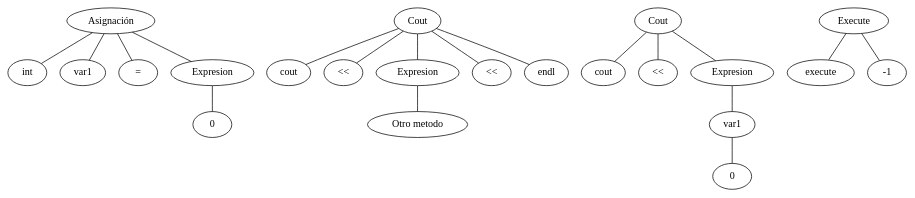
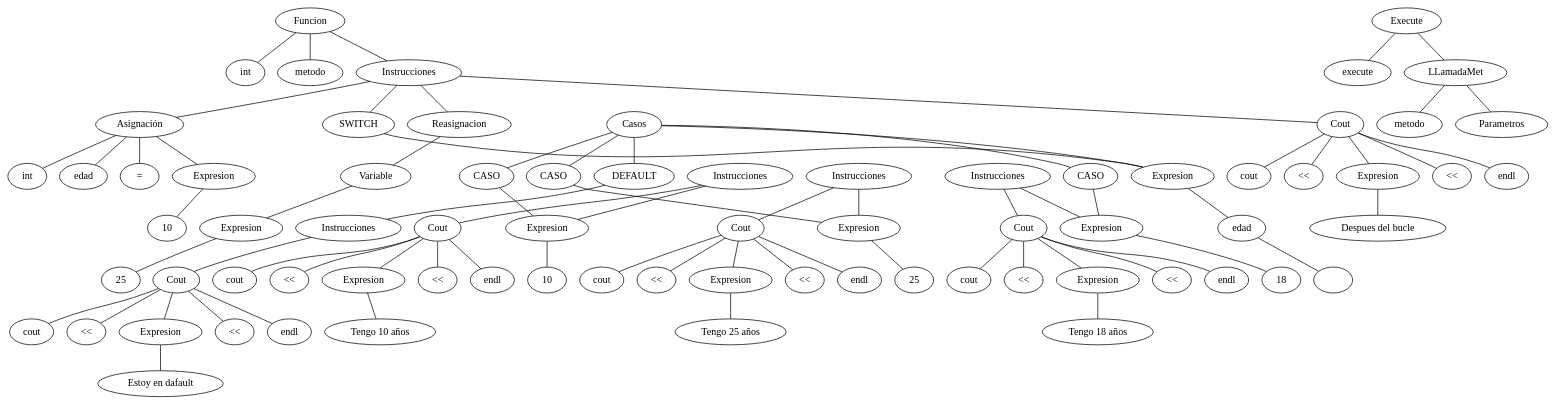
Before and after one commit to DanielGarcia-201901103/OLC1_Proyecto2_201901103: the diagram in Backend/analisisSem/ReportesArchivos/grafo.dot, drawn with Graphviz. The commit also changed 20 other files, not shown here.

```diff
--- a/Backend/analisisSem/ReportesArchivos/grafo.dot
+++ b/Backend/analisisSem/ReportesArchivos/grafo.dot
@@ -1,43 +1,148 @@
 graph {
 ordering="out"
-1[label="0"]
-2[label="Expresion"]
-2--1
-3[label="var1"]
-4[label="Asignación"]
-5[label="int"]
-6[label="="]
-4--5
-4--3
-4--6
-4--2
-7[label="Otro metodo"]
-8[label="Expresion"]
-8--7
-9[label="cout"]
-11[label="Cout"]
-10[label="<<"]
-12[label="<<"]
-13[label="endl"]
-11--9
-11--10
-11--8
-11--12
-11--13
-14[label="0"]
-16[label="var1"]
-15[label="Expresion"]
-15--16
-16--14
-17[label="cout"]
-19[label="Cout"]
-18[label="<<"]
-19--17
-19--18
-19--15
-20[label="execute"]
-21[label="Execute"]
+1[label="metodo"]
+2[label="int"]
+5[label="Funcion"]
+5--2
+5--1
+4[label="Instrucciones"]
+4--9
+6[label="10"]
+7[label="Expresion"]
+7--6
+8[label="edad"]
+9[label="Asignación"]
+10[label="int"]
+11[label="="]
+9--10
+9--8
+9--11
+9--7
+4--57
+12[label=""]
+14[label="edad"]
+13[label="Expresion"]
+13--14
+14--12
+58--24
+15[label="10"]
+16[label="Expresion"]
+16--15
+25--21
+17[label="Tengo 10 años"]
+18[label="Expresion"]
+18--17
+19[label="cout"]
+21[label="Cout"]
+20[label="<<"]
+22[label="<<"]
+23[label="endl"]
+21--19
 21--20
-21---1
+21--18
+21--22
+21--23
+24[label="CASO"]
+25[label="Instrucciones"]
+24--16
+25--16
+58--35
+26[label="25"]
+27[label="Expresion"]
+27--26
+36--32
+28[label="Tengo 25 años"]
+29[label="Expresion"]
+29--28
+30[label="cout"]
+32[label="Cout"]
+31[label="<<"]
+33[label="<<"]
+34[label="endl"]
+32--30
+32--31
+32--29
+32--33
+32--34
+35[label="CASO"]
+36[label="Instrucciones"]
+35--27
+36--27
+58--44
+45--41
+37[label="Estoy en dafault"]
+38[label="Expresion"]
+38--37
+39[label="cout"]
+41[label="Cout"]
+40[label="<<"]
+42[label="<<"]
+43[label="endl"]
+41--39
+41--40
+41--38
+41--42
+41--43
+44[label="DEFAULT"]
+45[label="Instrucciones"]
+44--45
+58--55
+46[label="18"]
+47[label="Expresion"]
+47--46
+56--52
+48[label="Tengo 18 años"]
+49[label="Expresion"]
+49--48
+50[label="cout"]
+52[label="Cout"]
+51[label="<<"]
+53[label="<<"]
+54[label="endl"]
+52--50
+52--51
+52--49
+52--53
+52--54
+55[label="CASO"]
+56[label="Instrucciones"]
+55--47
+56--47
+57[label="SWITCH"]
+58[label="Casos"]
+57--13
+58--13
+4--61
+59[label="25"]
+60[label="Expresion"]
+60--59
+61[label="Reasignacion"]
+62[label="Variable"]
+61--62
+62--60
+4--67
+63[label="Despues del bucle"]
+64[label="Expresion"]
+64--63
+65[label="cout"]
+67[label="Cout"]
+66[label="<<"]
+68[label="<<"]
+69[label="endl"]
+67--65
+67--66
+67--64
+67--68
+67--69
+5--4
+70[label="LLamadaMet"]
+71[label="metodo"]
+72[label="Parametros"]
+70--71
+70--72
+73[label="execute"]
+74[label="Execute"]
+74--73
+74--70
 
 }
```
